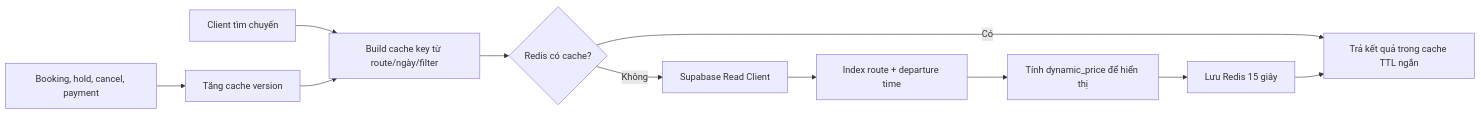
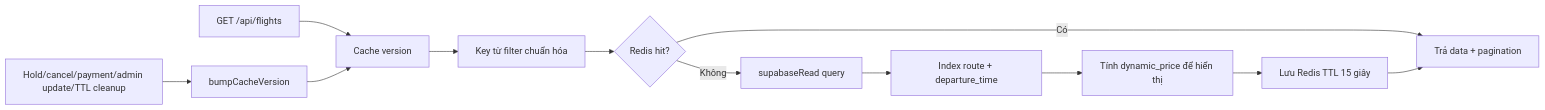
One commit to AhDuxng/flight-booking-app changed the second of 2 diagrams in backend/CLASSIC_PROBLEMS_README.md. Above: the diagram before and after it, drawn with Mermaid. The commit also changed other lines of this file and 1 other file, not shown here.

````diff
--- a/backend/CLASSIC_PROBLEMS_README.md
+++ b/backend/CLASSIC_PROBLEMS_README.md
@@ -115,13 +244,14 @@
 ```mermaid
 flowchart LR
-  C[Client tìm chuyến] --> K[Build cache key từ route/ngày/filter]
-  K --> R{Redis có cache?}
-  R -- Có --> X[Trả kết quả trong cache TTL ngắn]
-  R -- Không --> Q[Supabase Read Client]
-  Q --> I[Index route + departure time]
-  I --> P[Tính dynamic_price để hiển thị]
-  P --> S[Lưu Redis 15 giây]
-  S --> X
-  B[Booking, hold, cancel, payment] --> V[Tăng cache version]
-  V --> K
+  C[GET /api/flights] --> V[Cache version]
+  V --> K[Key từ filter chuẩn hóa]
+  K --> H{Redis hit?}
+  H -- Có --> R[Trả data + pagination]
+  H -- Không --> Q[supabaseRead query]
+  Q --> I[Index route + departure_time]
+  I --> D[Tính dynamic_price để hiển thị]
+  D --> S[Lưu Redis TTL 15 giây]
+  S --> R
+  B[Hold/cancel/payment/admin update/TTL cleanup] --> X[bumpCacheVersion]
+  X --> V
 ```
````
